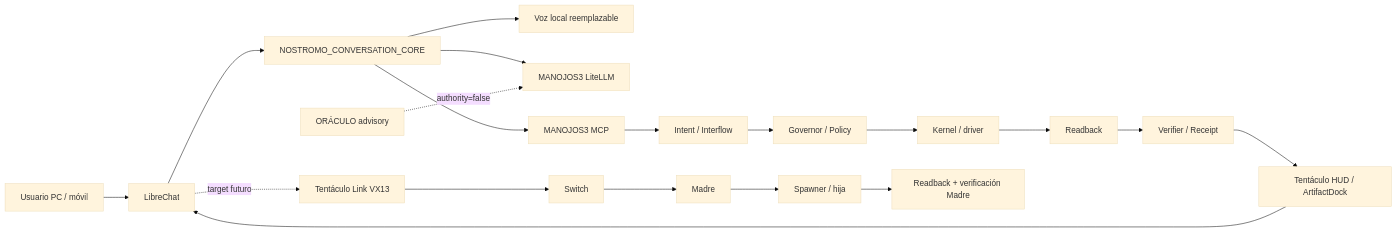
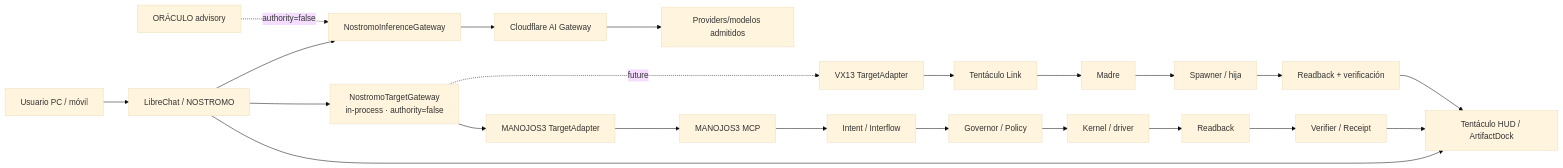
One commit to elkakas314/libre_chat_vx changed the first of 8 diagrams in handoff/02_BLUEPRINT_LIBRECHAT_CURRENT.md. Above: the diagram before and after it, drawn with Mermaid (base theme). The commit also changed other lines of this file, not shown here.

Commit message:
docs: reconcile blueprint with inference and target gateways

````diff
--- a/handoff/02_BLUEPRINT_LIBRECHAT_CURRENT.md
+++ b/handoff/02_BLUEPRINT_LIBRECHAT_CURRENT.md
@@ -5,21 +9,24 @@
 ```mermaid
 flowchart LR
-  U[Usuario PC / móvil] --> LC[LibreChat]
-  LC --> NC[NOSTROMO_CONVERSATION_CORE]
-  NC --> LV[Voz local reemplazable]
-  NC --> LR[MANOJOS3 LiteLLM]
-  NC --> MCP[MANOJOS3 MCP]
+  U[Usuario PC / móvil] --> LC[LibreChat / NOSTROMO]
+  LC --> COG[NostromoInferenceGateway]
+  COG --> CF[Cloudflare AI Gateway]
+  CF --> P[Providers/modelos admitidos]
+  LC --> TG[NostromoTargetGateway<br/>in-process · authority=false]
+  TG --> M3A[MANOJOS3 TargetAdapter]
+  M3A --> MCP[MANOJOS3 MCP]
   MCP --> I[Intent / Interflow]
   I --> GP[Governor / Policy]
   GP --> K[Kernel / driver]
   K --> RB[Readback]
   RB --> VR[Verifier / Receipt]
-  VR --> HUD[Tentáculo HUD / ArtifactDock]
-  HUD --> LC
-  LC -. target futuro .-> TL[Tentáculo Link VX13]
-  TL --> SW[Switch]
-  SW --> M[Madre]
+  TG -. future .-> VXA[VX13 TargetAdapter]
+  VXA --> TL[Tentáculo Link]
+  TL --> M[Madre]
   M --> SP[Spawner / hija]
-  SP --> V13RB[Readback + verificación Madre]
-  OR[ORÁCULO advisory] -. authority=false .-> LR
+  SP --> V13RB[Readback + verificación]
+  LC --> HUD[Tentáculo HUD / ArtifactDock]
+  VR --> HUD
+  V13RB --> HUD
+  OR[ORÁCULO advisory] -. authority=false .-> COG
 ```
````
